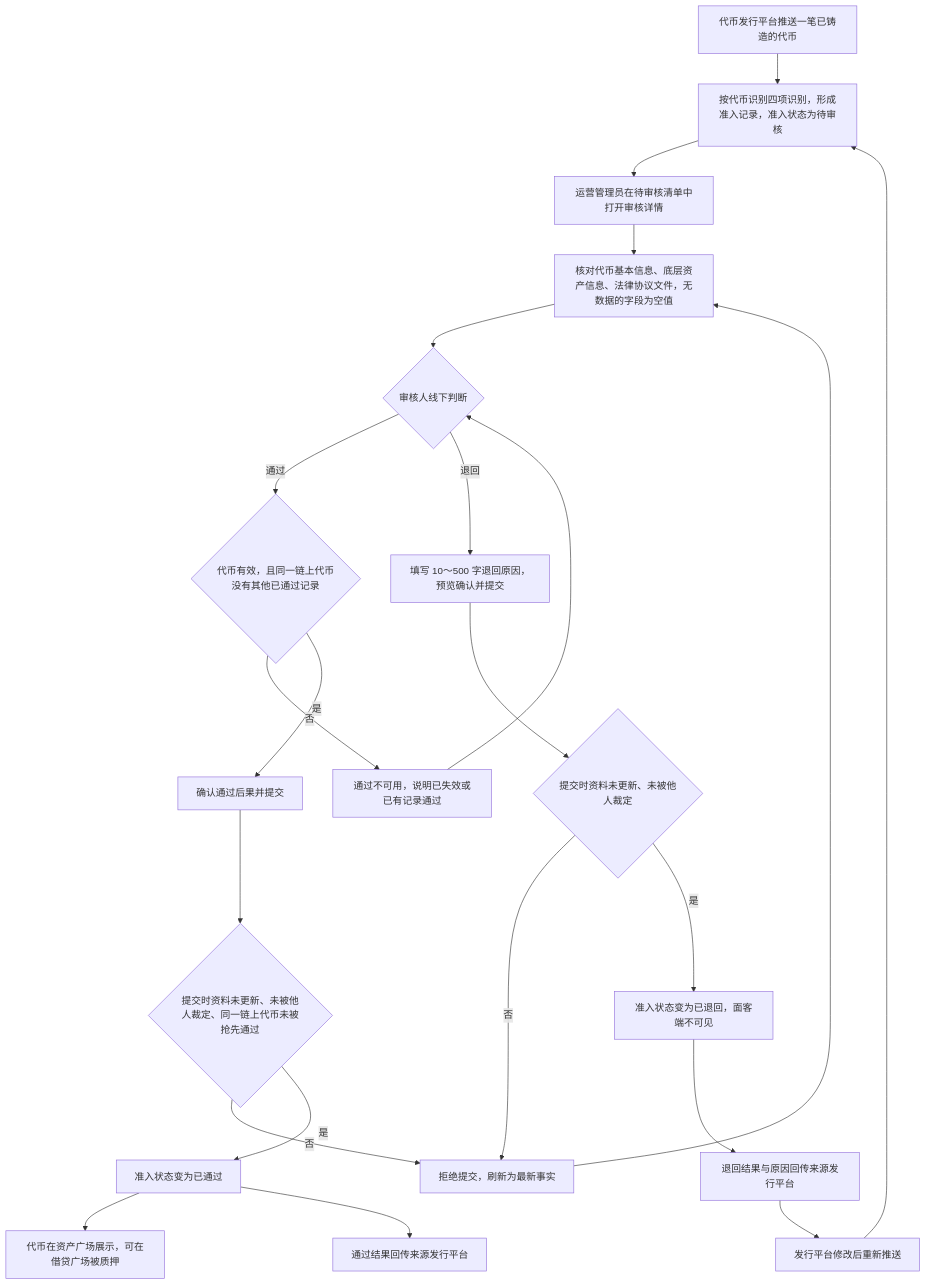
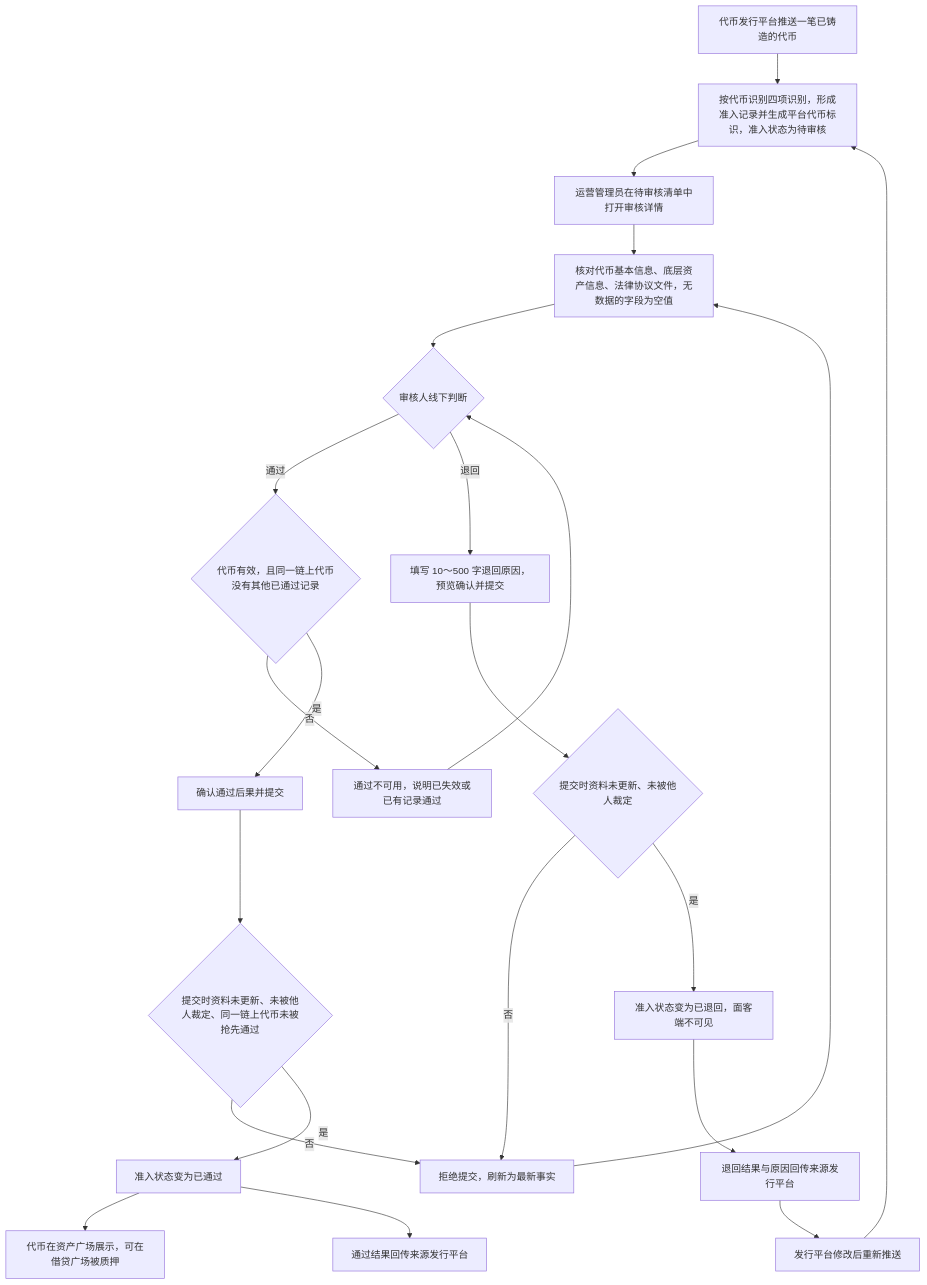
One commit to wxblockchain/Chain-Financing changed the first of 3 diagrams in lending-platform/PRD/运营端/06-代币准入审核/02-代币准入审核-流程图与状态机.md. Above: the diagram before and after it, drawn with Mermaid. The commit also changed other lines of this file and 4 other files, not shown here.

````diff
--- a/lending-platform/PRD/运营端/06-代币准入审核/02-代币准入审核-流程图与状态机.md
+++ b/lending-platform/PRD/运营端/06-代币准入审核/02-代币准入审核-流程图与状态机.md
@@ -16,24 +16,24 @@
 ```mermaid
 flowchart TD
-    A[代币发行平台推送一笔已铸造的代币] --> B[按代币识别四项识别，形成准入记录，准入状态为待审核]
+    A[代币发行平台推送一笔已铸造的代币] --> B[按代币识别四项识别，形成准入记录并生成平台代币标识，准入状态为待审核]
     B --> D[运营管理员在待审核清单中打开审核详情]
     D --> E[核对代币基本信息、底层资产信息、法律协议文件，无数据的字段为空值]
     E --> F{审核人线下判断}
     F -->|通过| G{代币有效，且同一链上代币没有其他已通过记录}
     G -->|否| H[通过不可用，说明已失效或已有记录通过]
     H --> F
     G -->|是| I[确认通过后果并提交]
     I --> J{提交时资料未更新、未被他人裁定、同一链上代币未被抢先通过}
     J -->|否| K[拒绝提交，刷新为最新事实]
     K --> E
     J -->|是| L[准入状态变为已通过]
     L --> M[代币在资产广场展示，可在借贷广场被质押]
     L --> N[通过结果回传来源发行平台]
     F -->|退回| O[填写 10～500 字退回原因，预览确认并提交]
     O --> P{提交时资料未更新、未被他人裁定}
     P -->|否| K
     P -->|是| Q[准入状态变为已退回，面客端不可见]
     Q --> R[退回结果与原因回传来源发行平台]
     R --> S[发行平台修改后重新推送]
     S --> B
 ```
````
